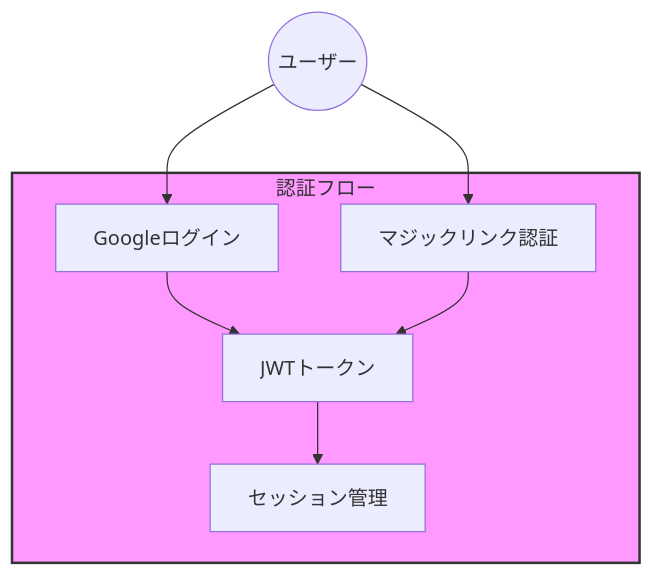
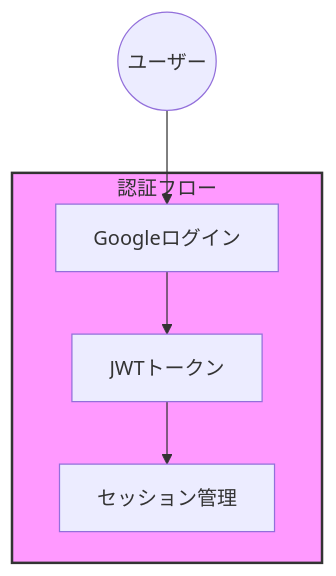
One commit to iori0311/gijirokun changed the ninth of 11 diagrams in docs/architecture.md. Above: the diagram before and after it, drawn with Mermaid. The commit also changed 1 other file, not shown here.

Commit message:
マジックリンクとりやめ

````diff
--- a/docs/architecture.md
+++ b/docs/architecture.md
@@ -402,21 +402,18 @@
 ```mermaid
 graph TD
     subgraph Auth["認証フロー"]
         Google["Googleログイン"]
-        Magic["マジックリンク認証"]
         Token["JWTトークン"]
         Session["セッション管理"]
     end
 
     User((ユーザー))
     
     User --> Google
-    User --> Magic
     
     Google --> Token
-    Magic --> Token
     Token --> Session
     
     classDef auth fill:#f9f,stroke:#333,stroke-width:2px;
     class Auth auth;
 ```
````
